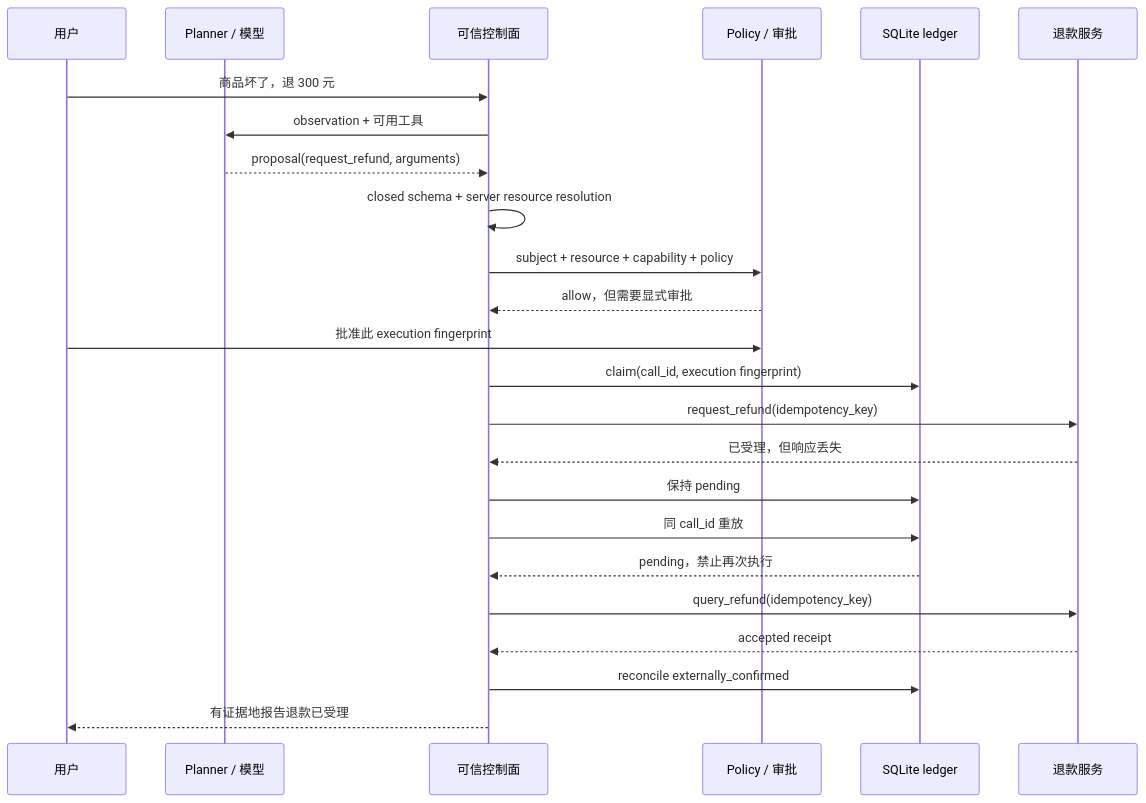
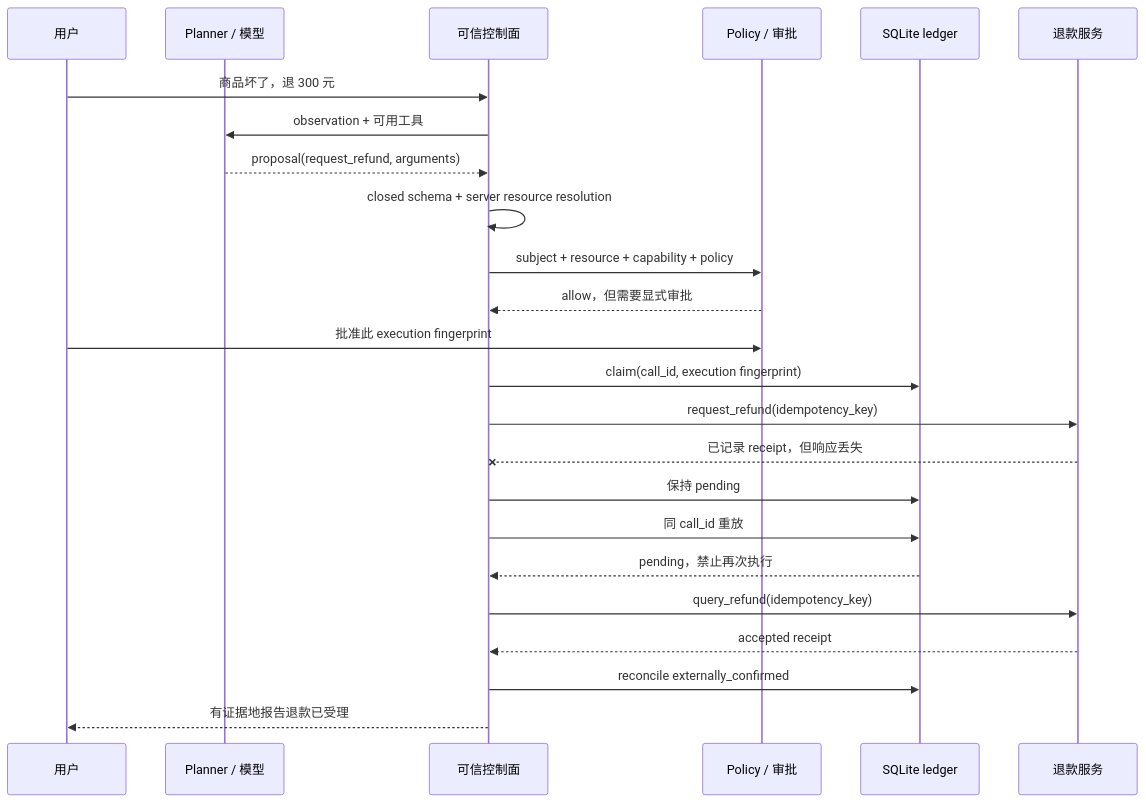
Before and after one commit to NightLemon/about-llm: the diagram in docs/applications/agent-task-lifecycle.md, drawn with Mermaid. The commit also changed other lines of this file and 167 other files, not shown here.

````diff
--- a/docs/applications/agent-task-lifecycle.md
+++ b/docs/applications/agent-task-lifecycle.md
@@ -55,27 +60,27 @@
 ```mermaid
 sequenceDiagram
   participant U as 用户
   participant M as Planner / 模型
   participant C as 可信控制面
   participant P as Policy / 审批
   participant L as SQLite ledger
   participant R as 退款服务
 
   U->>C: 商品坏了，退 300 元
   C->>M: observation + 可用工具
   M-->>C: proposal(request_refund, arguments)
   C->>C: closed schema + server resource resolution
   C->>P: subject + resource + capability + policy
   P-->>C: allow，但需要显式审批
   U->>P: 批准此 execution fingerprint
   C->>L: claim(call_id, execution fingerprint)
   C->>R: request_refund(idempotency_key)
-  R-->>C: 已受理，但响应丢失
+  R--xC: 已记录 receipt，但响应丢失
   C->>L: 保持 pending
   C->>L: 同 call_id 重放
   L-->>C: pending，禁止再次执行
   C->>R: query_refund(idempotency_key)
   R-->>C: accepted receipt
   C->>L: reconcile externally_confirmed
   C-->>U: 有证据地报告退款已受理
 ```
````
